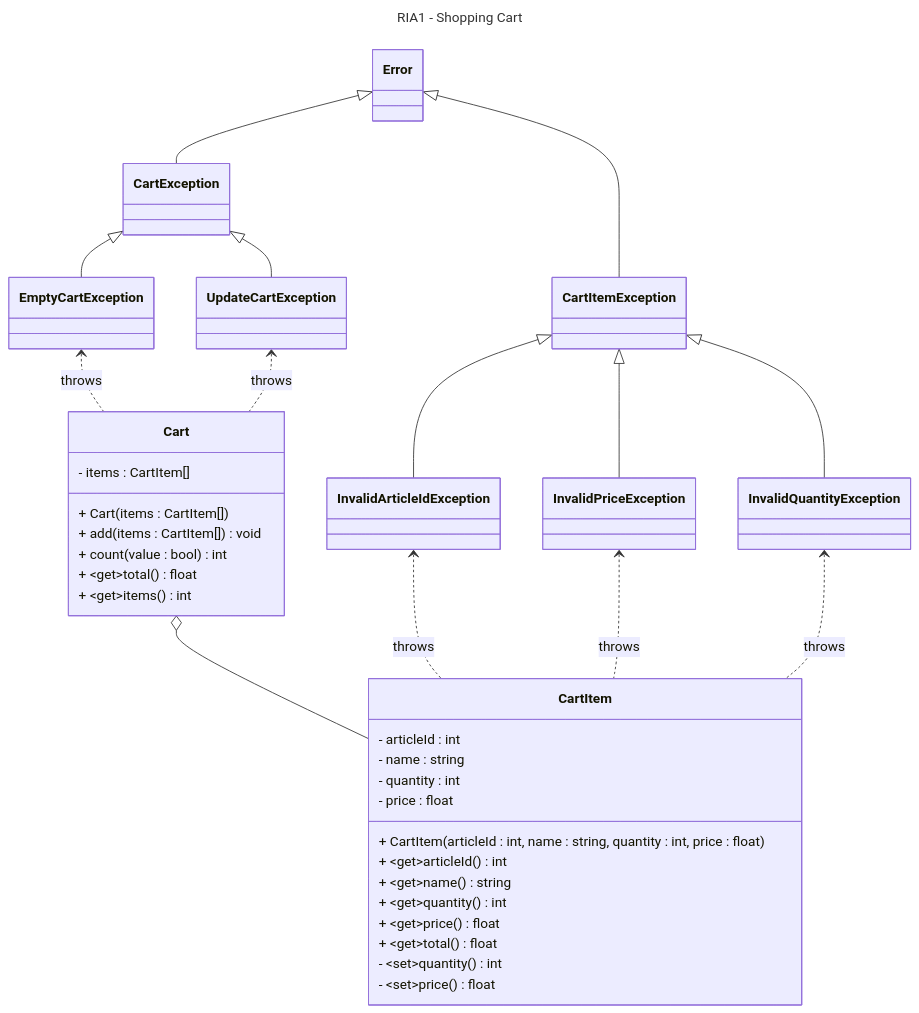
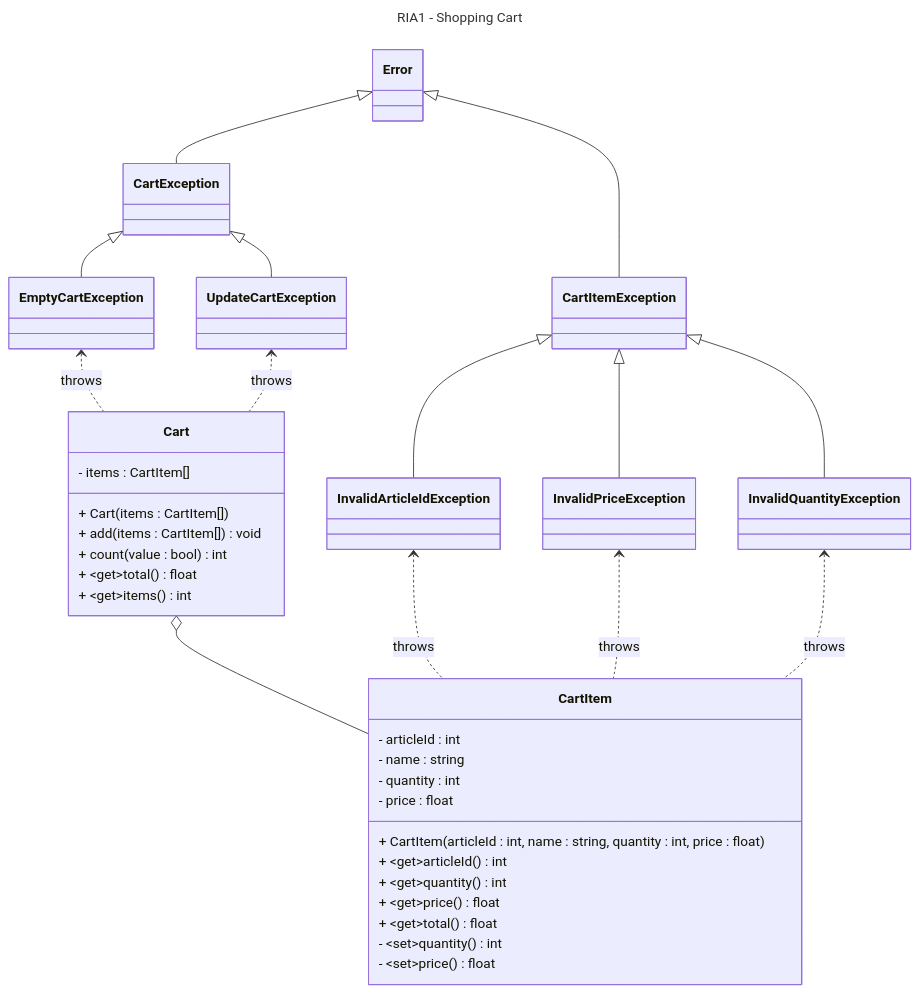
The diagram in docs/class-diagram.md (dieperid/Shopping), drawn with Mermaid before and after one commit.

Commit message:
docs: removed getter for name attributes

````diff
--- a/docs/class-diagram.md
+++ b/docs/class-diagram.md
@@ -1,59 +1,58 @@
 ```mermaid
 ---
 title: RIA1 - Shopping Cart
 ---
 classDiagram
     class CartItem {
         - articleId : int
         - name : string
         - quantity : int
         - price : float
 
         + CartItem(articleId : int, name : string, quantity : int, price : float)
         + ~get~articleId() int
-        + ~get~name() string
         + ~get~quantity() int
         + ~get~price() float
         + ~get~total() float
         - ~set~quantity() int
         - ~set~price() float
     }
 
     class Cart {
         - items : CartItem[]
 
         + Cart(items : CartItem[])
         + add(items : CartItem[]) void
         + count(value : bool) int
         + ~get~total() float
         + ~get~items() int
     }
 
     Cart o-- CartItem
 
     Error <|-- CartException
     Error <|-- CartItemException
 
     class CartItemException { }
     class InvalidArticleIdException { }
     class InvalidPriceException { }
     class InvalidQuantityException { }
 
     CartItemException <|-- InvalidArticleIdException
     CartItemException <|-- InvalidPriceException
     CartItemException <|-- InvalidQuantityException
 
     class CartException { }
     class EmptyCartException { }
     class UpdateCartException { }
 
     CartException <|-- EmptyCartException
     CartException <|-- UpdateCartException
 
     InvalidArticleIdException <.. CartItem : throws
     InvalidPriceException <.. CartItem : throws
     InvalidQuantityException <.. CartItem : throws
 
     EmptyCartException <.. Cart : throws
     UpdateCartException <.. Cart : throws
 ```
````
